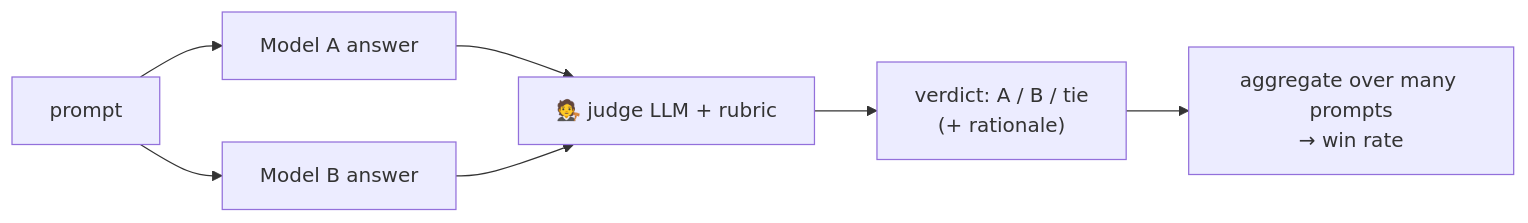
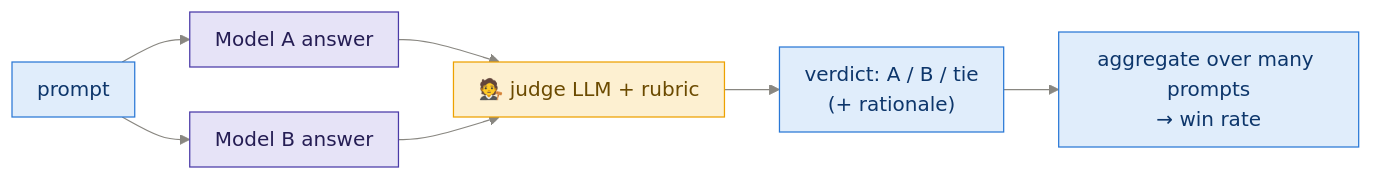
The third of 4 diagrams in study_guide/appendix_evaluation_methods.md (sudhanshu-shivam-dev/reasoning_model_from_scratch), drawn with Mermaid before and after one commit. The commit also changed other lines of this file and 14 other files, not shown here.

First line of the commit message:
Restyle all 54 diagrams: consistent palette, semantic colors, better spacing

````diff
--- a/study_guide/appendix_evaluation_methods.md
+++ b/study_guide/appendix_evaluation_methods.md
@@ -95,7 +101,12 @@
 ```mermaid
+%%{init: {"theme":"base","themeVariables":{"primaryColor":"#e0edfb","primaryTextColor":"#0d366b","primaryBorderColor":"#2a78d6","lineColor":"#898781","textColor":"#52514e","edgeLabelBackground":"#f0efec","clusterBkg":"rgba(137,135,129,0.07)","clusterBorder":"#a9a7a0","titleColor":"#898781"},"flowchart":{"nodeSpacing":36,"rankSpacing":44,"curve":"basis","padding":10}}}%%
 flowchart LR
     P["prompt"] --> MA["Model A answer"] & MB["Model B answer"]
     MA & MB --> J["🧑‍⚖️ judge LLM + rubric"]
     J --> V["verdict: A / B / tie<br/>(+ rationale)"]
     V --> AGG["aggregate over many prompts<br/>→ win rate"]
+    classDef model fill:#e6e3f7,stroke:#4a3aa7,color:#251d54
+    classDef dec fill:#fdf0d1,stroke:#eda100,color:#6b4a00
+    class MA,MB model
+    class J dec
 ```
````
